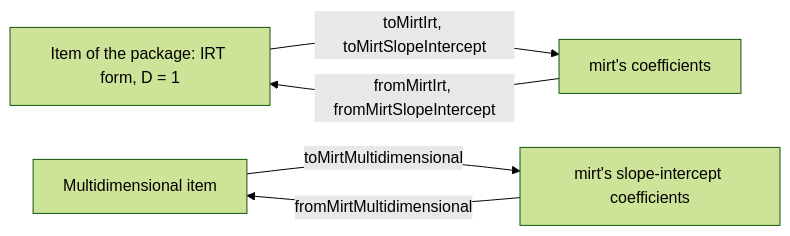
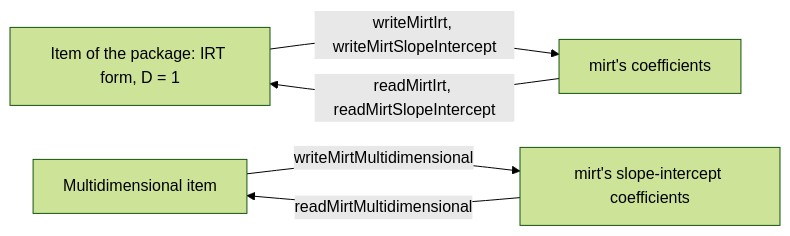
The diagram in docs/psychometrics/parameterization.md (measurekit/measurekit), drawn with Mermaid (forest theme) before and after one commit. The commit also changed other lines of this file and 118 other files, not shown here.

````diff
--- a/docs/psychometrics/parameterization.md
+++ b/docs/psychometrics/parameterization.md
@@ -6,7 +6,7 @@
 ```mermaid
 flowchart LR
-  I["Item of the package: IRT form, D = 1"] -->|"toMirtIrt, toMirtSlopeIntercept"| C["mirt's coefficients"]
-  C -->|"fromMirtIrt, fromMirtSlopeIntercept"| I
-  M["Multidimensional item"] -->|"toMirtMultidimensional"| N["mirt's slope-intercept coefficients"]
-  N -->|"fromMirtMultidimensional"| M
+  I["Item of the package: IRT form, D = 1"] -->|"writeMirtIrt, writeMirtSlopeIntercept"| C["mirt's coefficients"]
+  C -->|"readMirtIrt, readMirtSlopeIntercept"| I
+  M["Multidimensional item"] -->|"writeMirtMultidimensional"| N["mirt's slope-intercept coefficients"]
+  N -->|"readMirtMultidimensional"| M
 ```
````
